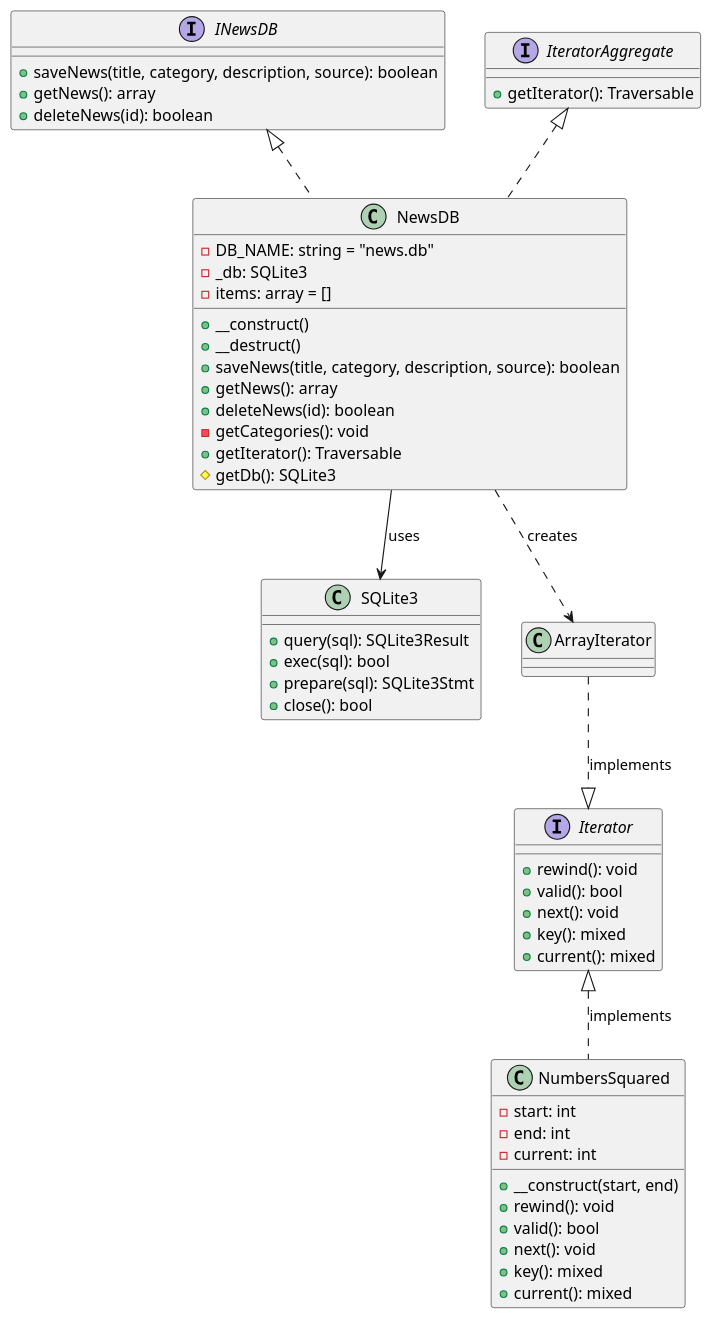
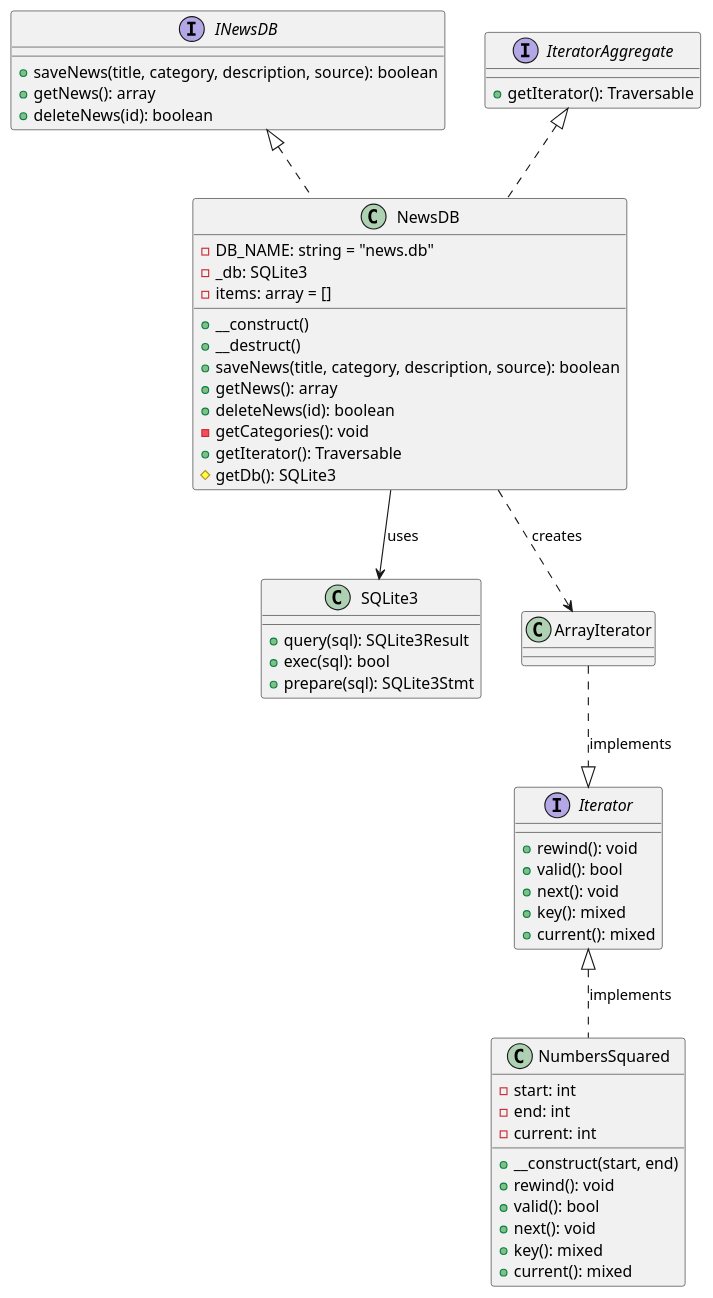
The diagram in lab4/lab4.puml (KapustinaLera/web), drawn with PlantUML before and after one commit.

```diff
--- a/lab4/lab4.puml
+++ b/lab4/lab4.puml
@@ -1,64 +1,63 @@
 @startuml
 interface INewsDB {
   +saveNews(title, category, description, source): boolean
   +getNews(): array
   +deleteNews(id): boolean
 }
 
 interface IteratorAggregate {
   +getIterator(): Traversable
 }
 
 class NewsDB {
   -DB_NAME: string = "news.db"
   -_db: SQLite3
   -items: array = []
   +__construct()
   +__destruct()
   +saveNews(title, category, description, source): boolean
   +getNews(): array
   +deleteNews(id): boolean
   -getCategories(): void
   +getIterator(): Traversable
   #getDb(): SQLite3
 }
 
 class SQLite3 {
   +query(sql): SQLite3Result
   +exec(sql): bool
   +prepare(sql): SQLite3Stmt
-  +close(): bool
 }
 
 INewsDB <|.. NewsDB
 IteratorAggregate <|.. NewsDB
 NewsDB --> SQLite3 : uses
 
 interface Iterator {
   +rewind(): void
   +valid(): bool
   +next(): void
   +key(): mixed
   +current(): mixed
 }
 
 class NumbersSquared {
   -start: int
   -end: int
   -current: int
   +__construct(start, end)
   +rewind(): void
   +valid(): bool
   +next(): void
   +key(): mixed
   +current(): mixed
 }
 
 class ArrayIterator
 
 ' Связи
 Iterator <|.. NumbersSquared : implements
 ArrayIterator ..|> Iterator : implements
 NewsDB ..> ArrayIterator : creates
 
 @enduml
```
